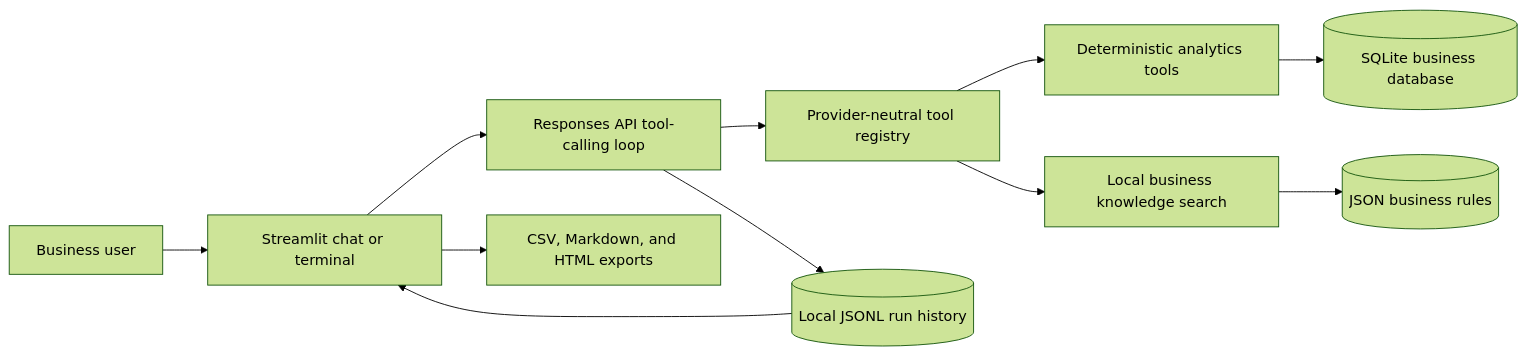
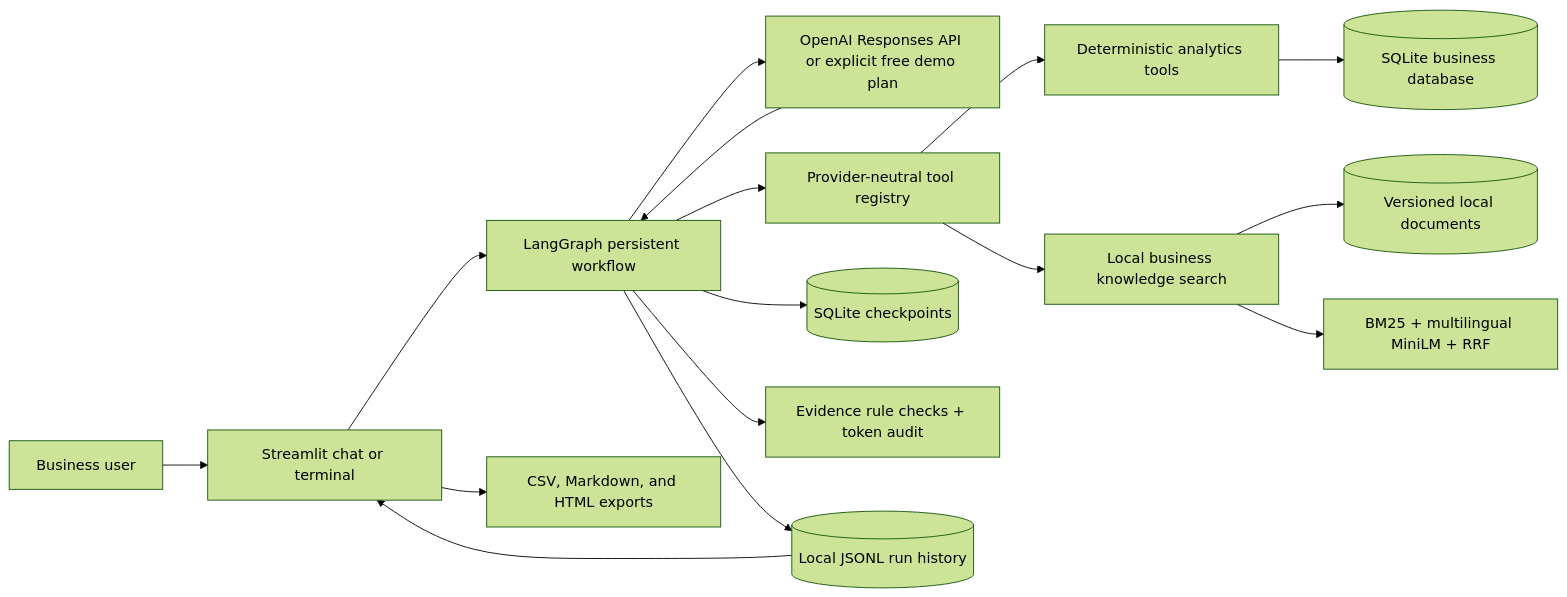
One commit to qNaoNao/ai-business-copilot changed the diagram in README.md. Above: the diagram before and after it, drawn with Mermaid (forest theme). The commit also changed other lines of this file and 30 other files, not shown here.

Commit message:
Upgrade copilot with persistent workflow and local RAG

````diff
--- a/README.md
+++ b/README.md
@@ -97,13 +133,18 @@
 ```mermaid
 flowchart LR
     User[Business user] --> UI[Streamlit chat or terminal]
-    UI --> Agent[Responses API tool-calling loop]
+    UI --> Agent[LangGraph persistent workflow]
+    Agent --> Model[OpenAI Responses API or explicit free demo plan]
+    Model --> Agent
     Agent --> Registry[Provider-neutral tool registry]
     Registry --> Analytics[Deterministic analytics tools]
     Registry --> Knowledge[Local business knowledge search]
     Analytics --> DB[(SQLite business database)]
-    Knowledge --> Rules[(JSON business rules)]
+    Knowledge --> Rules[(Versioned local documents)]
+    Knowledge --> Index[BM25 + multilingual MiniLM + RRF]
+    Agent --> Checkpoint[(SQLite checkpoints)]
+    Agent --> Verify[Evidence rule checks + token audit]
     Agent --> History[(Local JSONL run history)]
     History --> UI
     UI --> Export[CSV, Markdown, and HTML exports]
 ```
````
